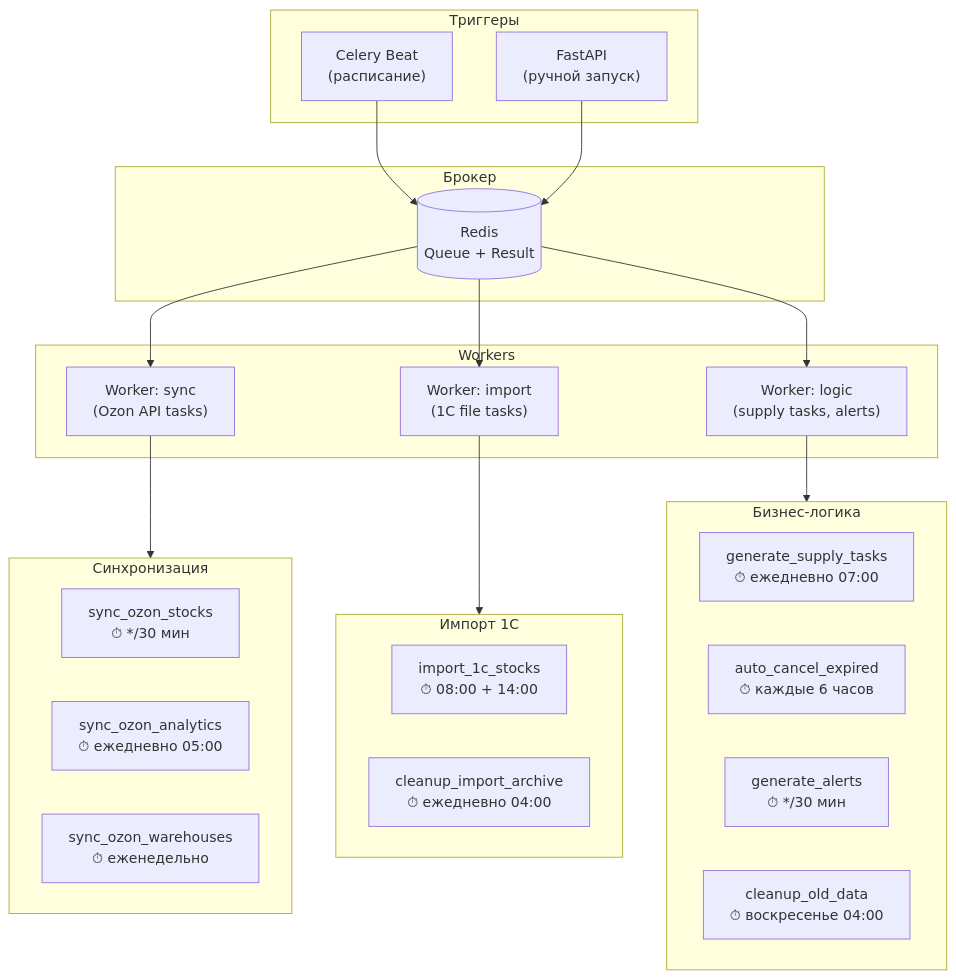
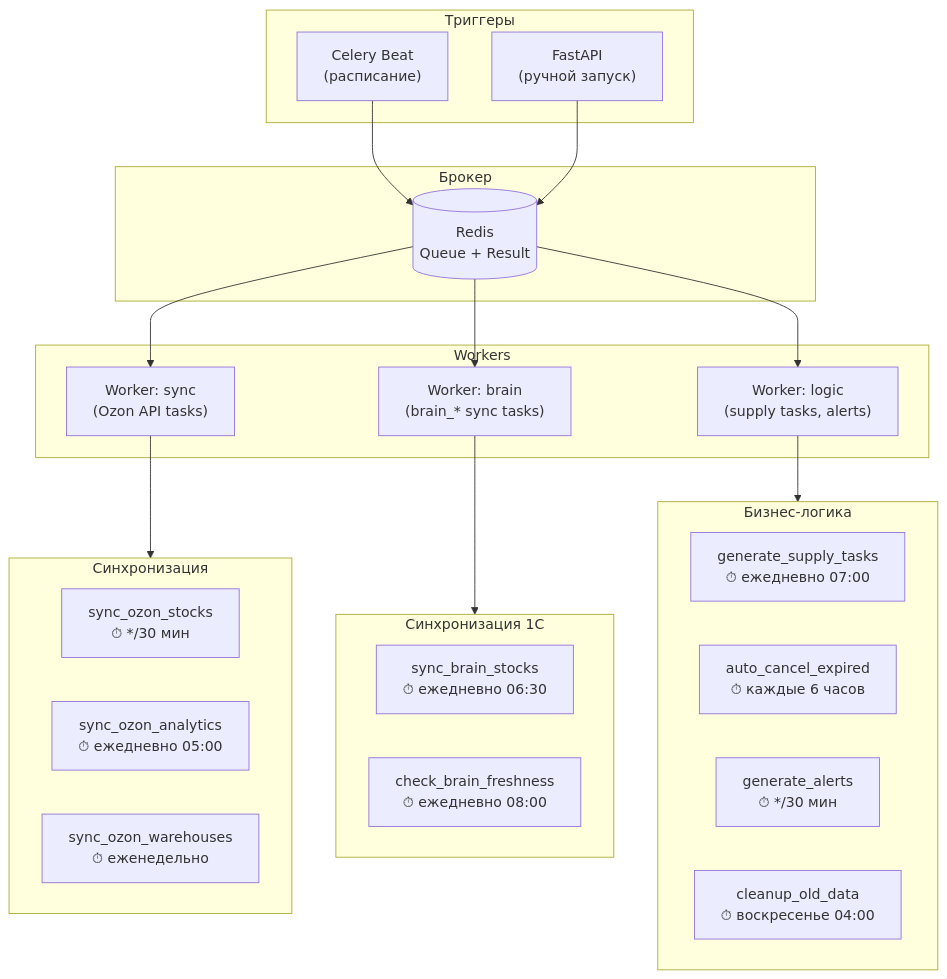
Before and after one commit to Sign25/Docs: the first of 3 diagrams in logistic/adolf_logistic_8_celery.md, drawn with Mermaid. The commit also changed other lines of this file, not shown here.

Commit message:
Logistic Раздел 8: v2.1 — замена import_1c_stocks на sync_brain_stocks + check_brain_freshness

````diff
--- a/logistic/adolf_logistic_8_celery.md
+++ b/logistic/adolf_logistic_8_celery.md
@@ -45,42 +47,42 @@
 ```mermaid
 graph TB
     subgraph TRIGGERS["Триггеры"]
         BEAT["Celery Beat<br/>(расписание)"]
         API["FastAPI<br/>(ручной запуск)"]
     end
     
     subgraph BROKER["Брокер"]
         REDIS[(Redis<br/>Queue + Result)]
     end
     
     subgraph WORKERS["Workers"]
         W_SYNC["Worker: sync<br/>(Ozon API tasks)"]
-        W_IMPORT["Worker: import<br/>(1С file tasks)"]
+        W_BRAIN["Worker: brain<br/>(brain_* sync tasks)"]
         W_LOGIC["Worker: logic<br/>(supply tasks, alerts)"]
     end
     
     subgraph TASKS_SYNC["Синхронизация"]
         SYNC_STOCKS["sync_ozon_stocks<br/>⏱ */30 мин"]
         SYNC_ANALYTICS["sync_ozon_analytics<br/>⏱ ежедневно 05:00"]
         SYNC_WH["sync_ozon_warehouses<br/>⏱ еженедельно"]
     end
     
-    subgraph TASKS_IMPORT["Импорт 1С"]
-        IMPORT_1C["import_1c_stocks<br/>⏱ 08:00 + 14:00"]
-        CLEANUP_ARCHIVE["cleanup_import_archive<br/>⏱ ежедневно 04:00"]
+    subgraph TASKS_BRAIN["Синхронизация 1С"]
+        SYNC_BRAIN["sync_brain_stocks<br/>⏱ ежедневно 06:30"]
+        CHECK_FRESH["check_brain_freshness<br/>⏱ ежедневно 08:00"]
     end
     
     subgraph TASKS_LOGIC["Бизнес-логика"]
         GEN_TASKS["generate_supply_tasks<br/>⏱ ежедневно 07:00"]
         AUTO_CANCEL["auto_cancel_expired<br/>⏱ каждые 6 часов"]
         GEN_ALERTS["generate_alerts<br/>⏱ */30 мин"]
         CLEANUP["cleanup_old_data<br/>⏱ воскресенье 04:00"]
     end
     
     BEAT --> REDIS
     API --> REDIS
-    REDIS --> W_SYNC & W_IMPORT & W_LOGIC
+    REDIS --> W_SYNC & W_BRAIN & W_LOGIC
     W_SYNC --> TASKS_SYNC
-    W_IMPORT --> TASKS_IMPORT
+    W_BRAIN --> TASKS_BRAIN
     W_LOGIC --> TASKS_LOGIC
 ```
````
